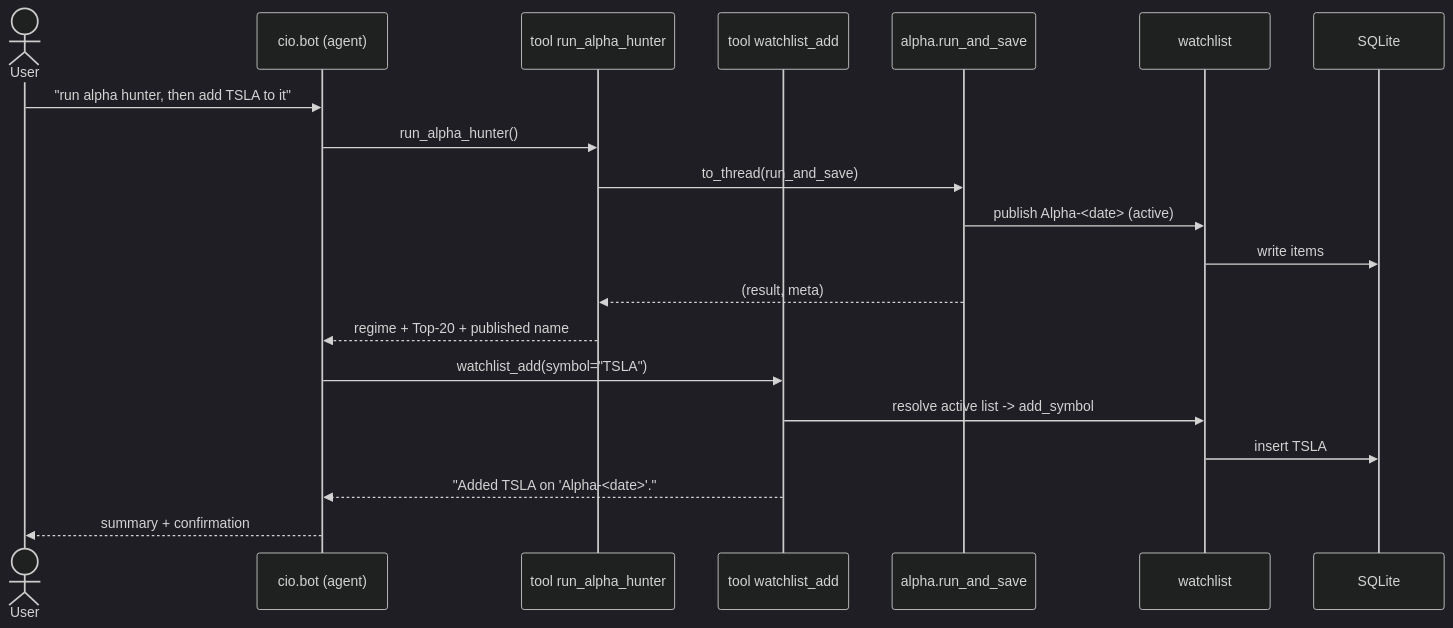
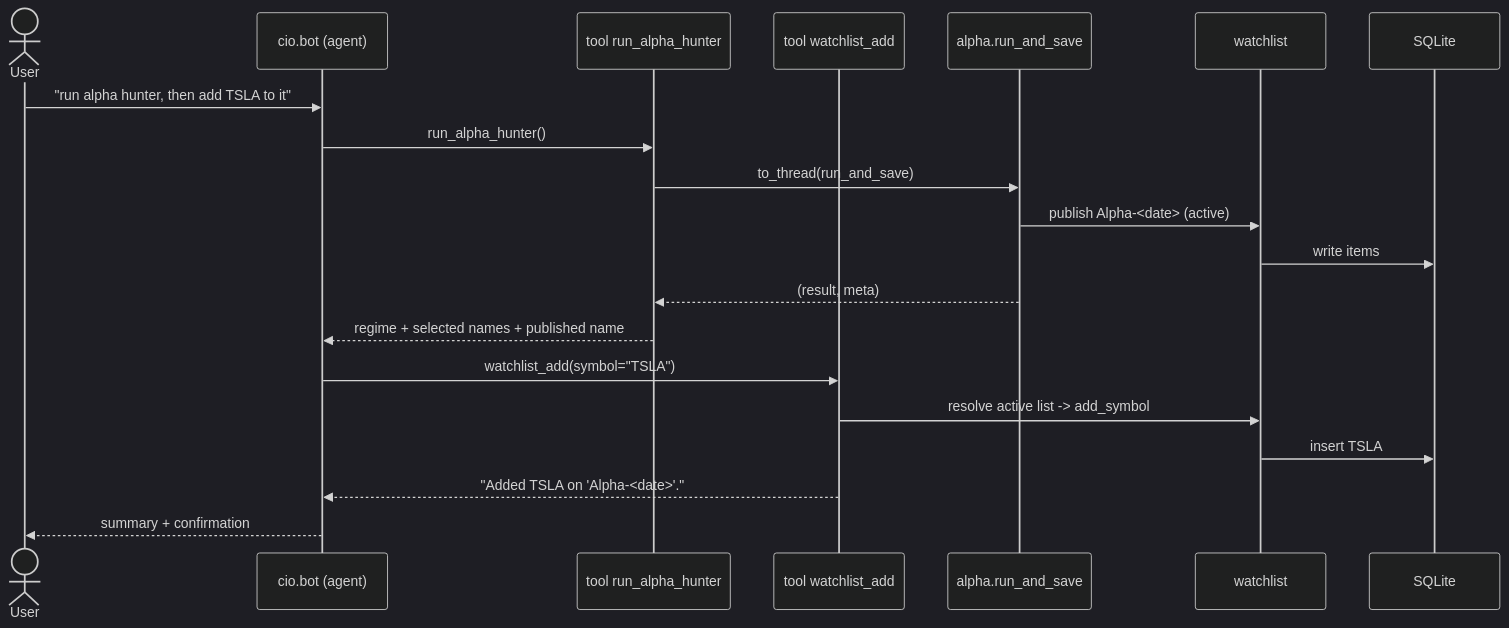
Before and after one commit to cloudaipro/CIOAgent: the third of 5 diagrams in docs/alpha-hunter/SEQUENCE-DIAGRAM.md, drawn with Mermaid (dark theme). The commit also changed other lines of this file and 19 other files, not shown here.

First line of the commit message:
feat(alpha): threshold-based selection + market_regime tool

````diff
--- a/docs/alpha-hunter/SEQUENCE-DIAGRAM.md
+++ b/docs/alpha-hunter/SEQUENCE-DIAGRAM.md
@@ -76,23 +76,23 @@
 ```mermaid
 sequenceDiagram
     actor User
     participant Bot as cio.bot (agent)
     participant Tool1 as tool run_alpha_hunter
     participant Tool2 as tool watchlist_add
     participant Pkg as alpha.run_and_save
     participant WL as watchlist
     participant DB as SQLite
 
     User->>Bot: "run alpha hunter, then add TSLA to it"
     Bot->>Tool1: run_alpha_hunter()
     Tool1->>Pkg: to_thread(run_and_save)
     Pkg->>WL: publish Alpha-<date> (active)
     WL->>DB: write items
     Pkg-->>Tool1: (result, meta)
-    Tool1-->>Bot: regime + Top-20 + published name
+    Tool1-->>Bot: regime + selected names + published name
     Bot->>Tool2: watchlist_add(symbol="TSLA")
     Tool2->>WL: resolve active list -> add_symbol
     WL->>DB: insert TSLA
     Tool2-->>Bot: "Added TSLA on 'Alpha-<date>'."
     Bot-->>User: summary + confirmation
 ```
````
